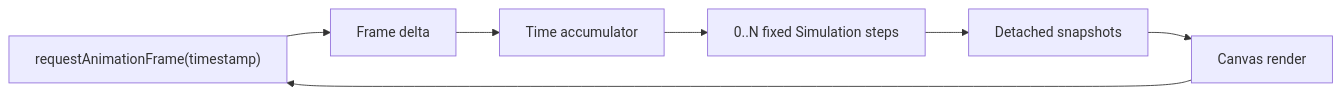
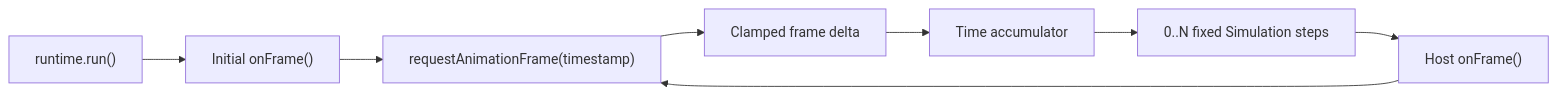
One commit to fa-ribeiro/vLab2D changed the third of 3 diagrams in docs/project/status.md. Above: the diagram before and after it, drawn with Mermaid. The commit also changed other lines of this file and 10 other files, not shown here.

````diff
--- a/docs/project/status.md
+++ b/docs/project/status.md
@@ -216,12 +223,13 @@
 ```mermaid
 flowchart LR
+    RUN["runtime.run()"]
+    INITIAL["Initial onFrame()"]
     RAF["requestAnimationFrame(timestamp)"]
-    DELTA["Frame delta"]
+    DELTA["Clamped frame delta"]
     ACC["Time accumulator"]
     STEP["0..N fixed Simulation steps"]
-    SNAP["Detached snapshots"]
-    RENDER["Canvas render"]
+    FRAME["Host onFrame()"]
 
-    RAF --> DELTA --> ACC --> STEP --> SNAP --> RENDER
-    RENDER --> RAF
+    RUN --> INITIAL --> RAF
+    RAF --> DELTA --> ACC --> STEP --> FRAME --> RAF
 ```
````
